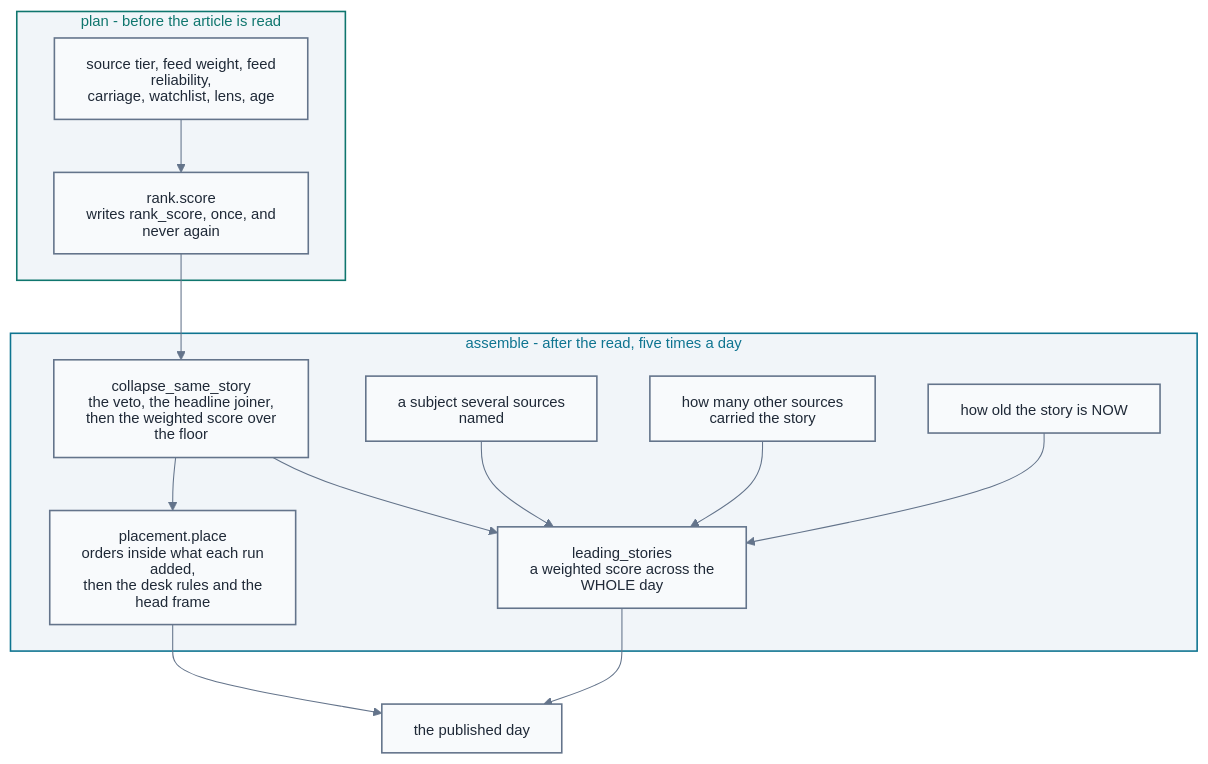
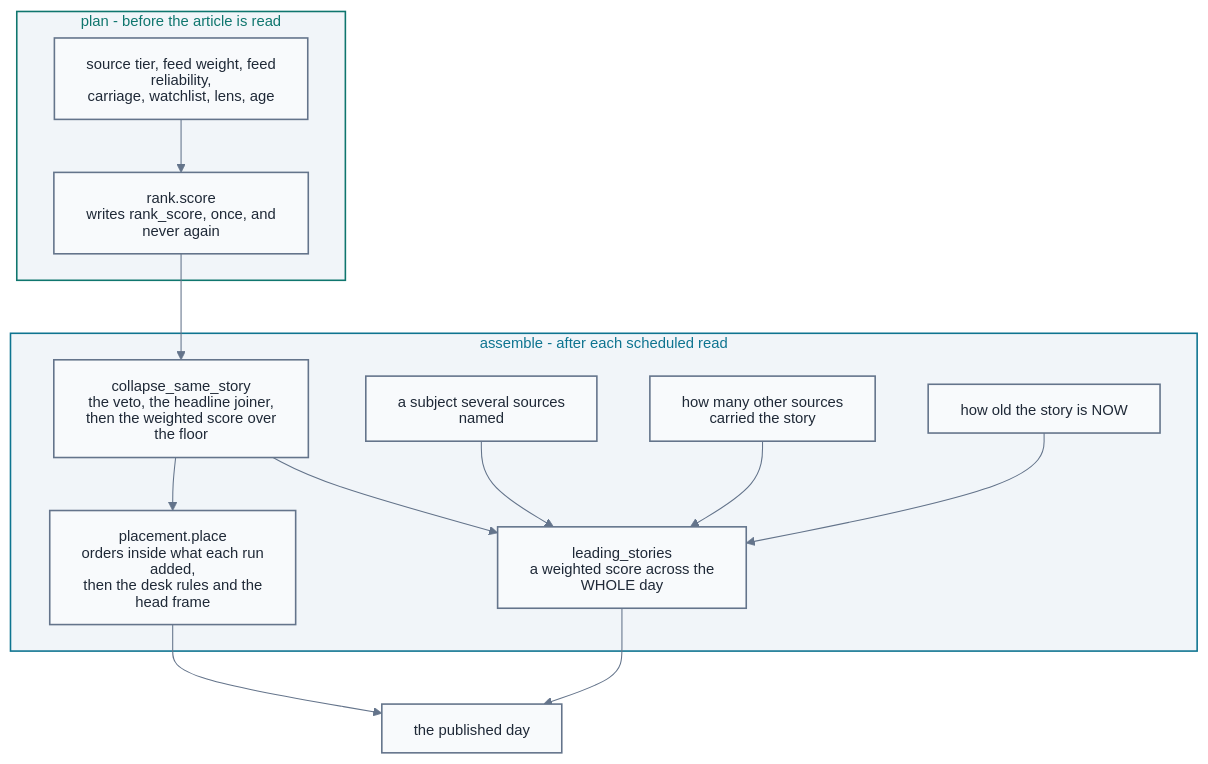
One commit to miztiik/yen-idhazh changed the diagram in docs/architecture/publishing/how-a-day-is-ordered-and-what-each-desk-published.md. Above: the diagram before and after it, drawn with Mermaid. The commit also changed other lines of this file and 22 other files, not shown here.

````diff
--- a/docs/architecture/publishing/how-a-day-is-ordered-and-what-each-desk-published.md
+++ b/docs/architecture/publishing/how-a-day-is-ordered-and-what-each-desk-published.md
@@ -20,25 +20,25 @@
 ```mermaid
 %%{init: {"theme": "base", "htmlLabels": false, "themeVariables": {"background": "#ffffff", "primaryColor": "#f8fafc", "primaryTextColor": "#1f2937", "primaryBorderColor": "#64748b", "lineColor": "#64748b", "textColor": "#1f2937", "clusterBkg": "#f1f5f9", "clusterBorder": "#64748b", "titleColor": "#1f2937", "edgeLabelBackground": "#f8fafc", "fontSize": "14px"}}}%%
 flowchart TD
   subgraph plan["plan - before the article is read"]
     signals["source tier, feed weight, feed reliability,<br/>carriage, watchlist, lens, age"] --> rank["rank.score<br/>writes rank_score, once, and never again"]
   end
-  subgraph assemble["assemble - after the read, five times a day"]
+  subgraph assemble["assemble - after each scheduled read"]
     rank --> fold["collapse_same_story<br/>the veto, the headline joiner,<br/>then the weighted score over the floor"]
     fold --> stream["placement.place<br/>orders inside what each run added,<br/>then the desk rules and the head frame"]
     fold --> lead["leading_stories<br/>a weighted score across the WHOLE day"]
     subject["a subject several sources named"] --> lead
     covered["how many other sources<br/>carried the story"] --> lead
     age["how old the story is NOW"] --> lead
   end
   stream --> page["the published day"]
   lead --> page
 
   classDef stage fill:#f8fafc,stroke:#64748b,stroke-width:1.5px,color:#1f2937;
   classDef sysIngest fill:#f1f5f9,stroke:#0f766e,stroke-width:1.5px,color:#0f766e;
   classDef sysPublish fill:#f1f5f9,stroke:#0e7490,stroke-width:1.5px,color:#0e7490;
 
   class signals,rank,fold,stream,lead,subject,covered,age,page stage;
   class plan sysIngest;
   class assemble sysPublish;
 ```
````
